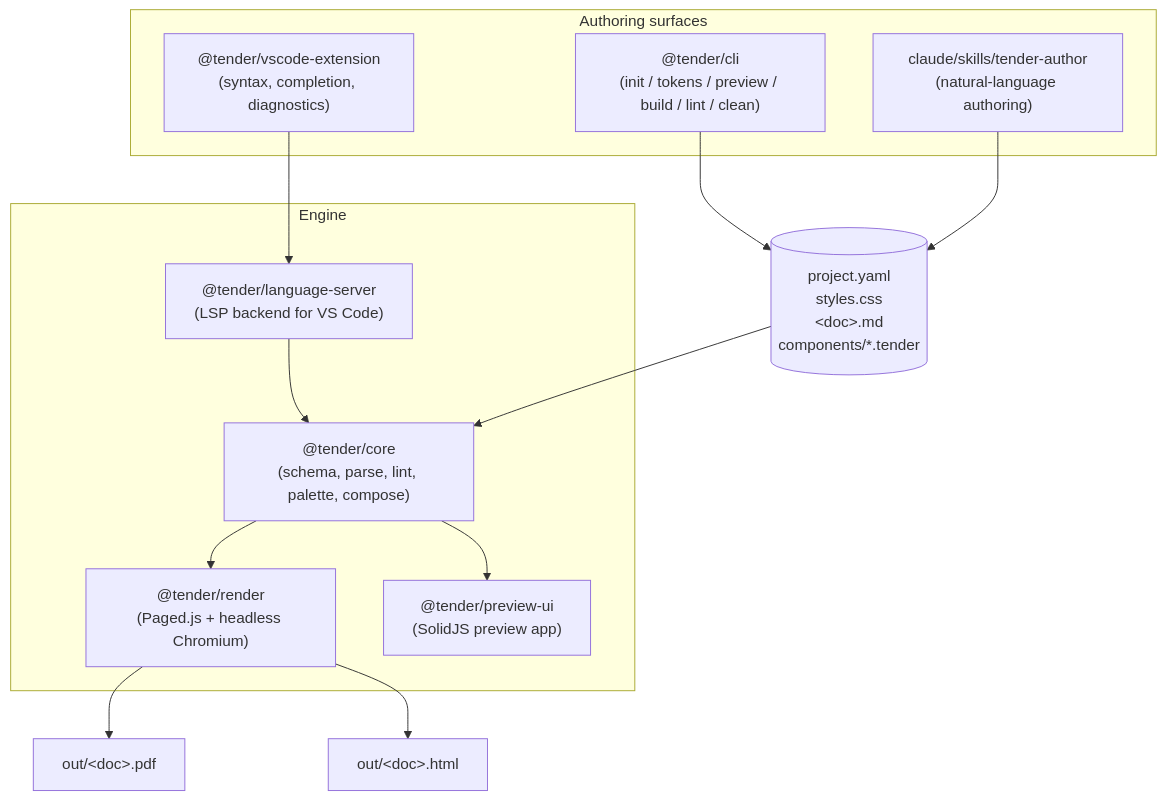
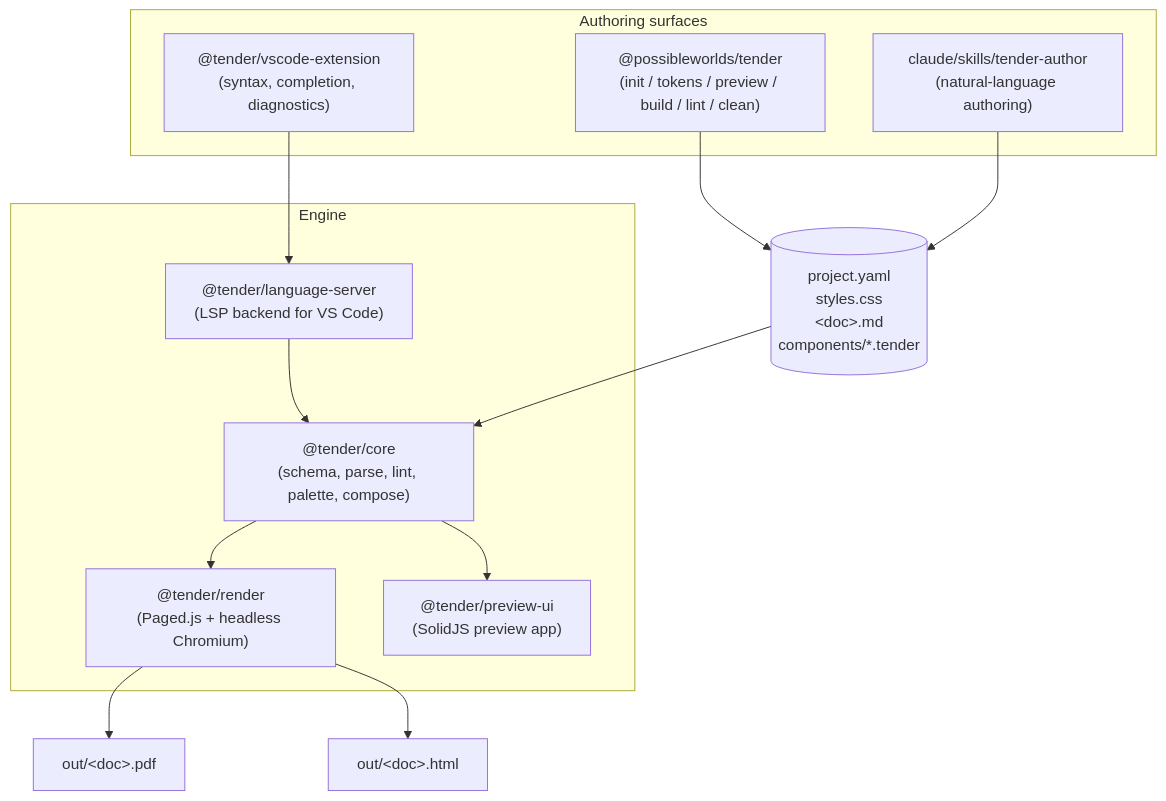
Before and after one commit to PossibleWorldsDotSpace/tender: the third of 3 diagrams in README.md, drawn with Mermaid. The commit also changed other lines of this file and 11 other files, not shown here.

First line of the commit message:
feat(release): rename CLI to @possibleworlds/tender and bundle for npm

````diff
--- a/README.md
+++ b/README.md
@@ -54,29 +54,29 @@
 ```mermaid
 flowchart TB
     subgraph surfaces["Authoring surfaces"]
-        CLI["@tender/cli<br/>(init / tokens / preview / build / lint / clean)"]
+        CLI["@possibleworlds/tender<br/>(init / tokens / preview / build / lint / clean)"]
         SKILL["claude/skills/tender-author<br/>(natural-language authoring)"]
         VSC["@tender/vscode-extension<br/>(syntax, completion, diagnostics)"]
     end
 
     subgraph engine["Engine"]
         CORE["@tender/core<br/>(schema, parse, lint, palette, compose)"]
         RENDER["@tender/render<br/>(Paged.js + headless Chromium)"]
         PUI["@tender/preview-ui<br/>(SolidJS preview app)"]
         LSP["@tender/language-server<br/>(LSP backend for VS Code)"]
     end
 
     SRC[("project.yaml<br/>styles.css<br/>&lt;doc&gt;.md<br/>components/*.tender")]
     PDF[out/&lt;doc&gt;.pdf]
     HTML[out/&lt;doc&gt;.html]
 
     CLI --> SRC
     SKILL --> SRC
     VSC --> LSP
     LSP --> CORE
     SRC --> CORE
     CORE --> RENDER
     CORE --> PUI
     RENDER --> PDF
     RENDER --> HTML
 ```
````
